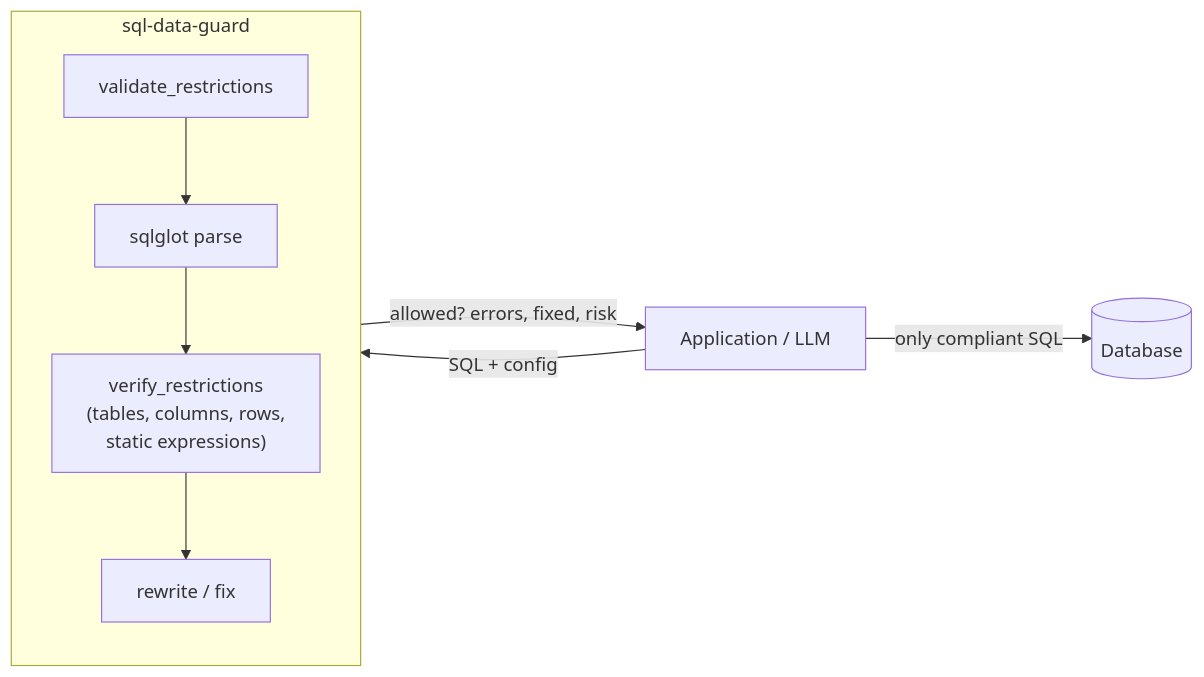
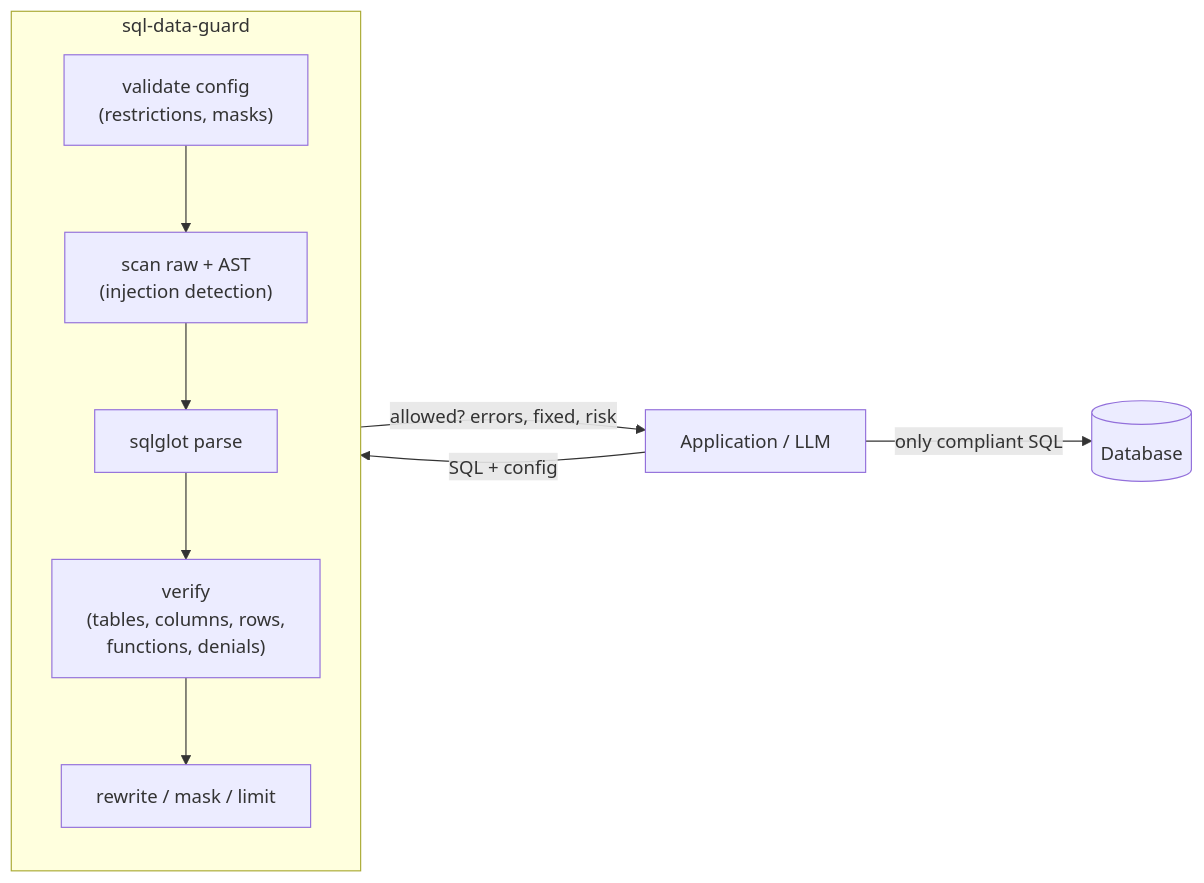
Before and after one commit to captainp99/sql-data-guard: the diagram in README.md, drawn with Mermaid. The commit also changed other lines of this file, not shown here.

````diff
--- a/README.md
+++ b/README.md
@@ -85,11 +99,12 @@
 ```mermaid
 flowchart LR
     App["Application / LLM"] -->|"SQL + config"| Guard
     subgraph Guard["sql-data-guard"]
-        V["validate_restrictions"] --> P["sqlglot parse"]
-        P --> C["verify_restrictions<br/>(tables, columns, rows,<br/>static expressions)"]
-        C --> R["rewrite / fix"]
+        V["validate config<br/>(restrictions, masks)"] --> S["scan raw + AST<br/>(injection detection)"]
+        S --> P["sqlglot parse"]
+        P --> C["verify<br/>(tables, columns, rows,<br/>functions, denials)"]
+        C --> R["rewrite / mask / limit"]
     end
     Guard -->|"allowed? errors, fixed, risk"| App
     App -->|"only compliant SQL"| DB[(Database)]
 ```
````
